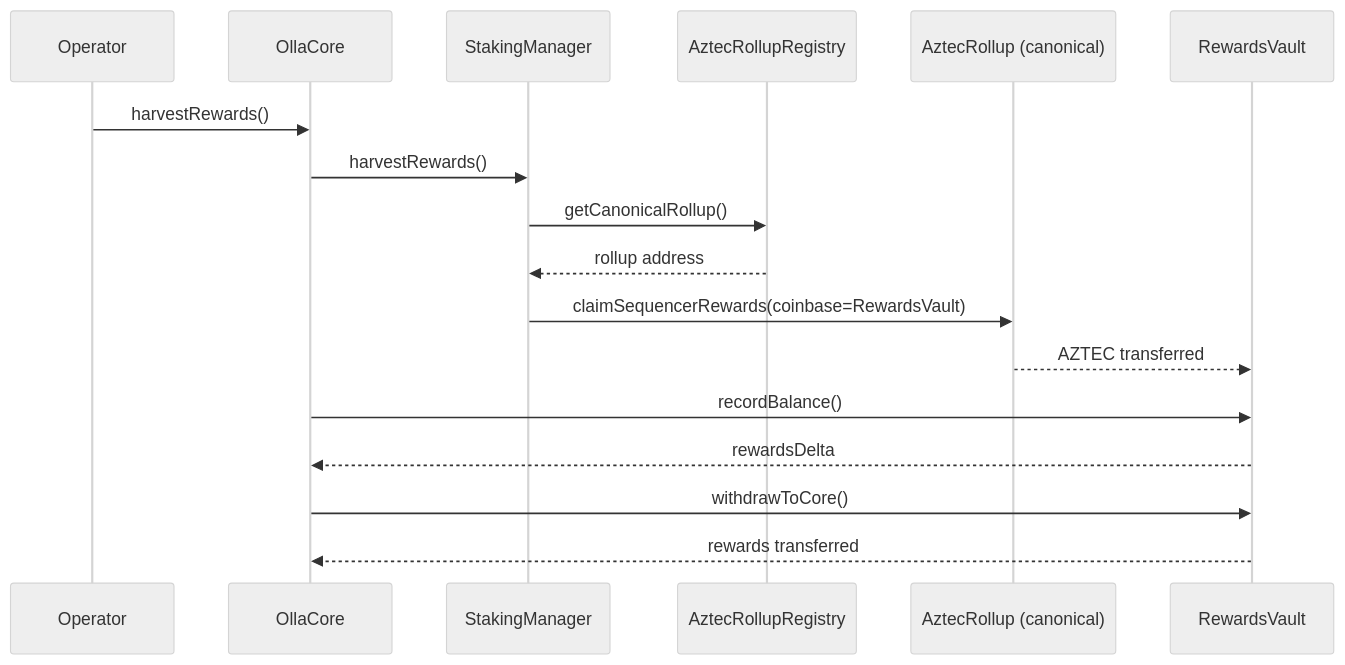
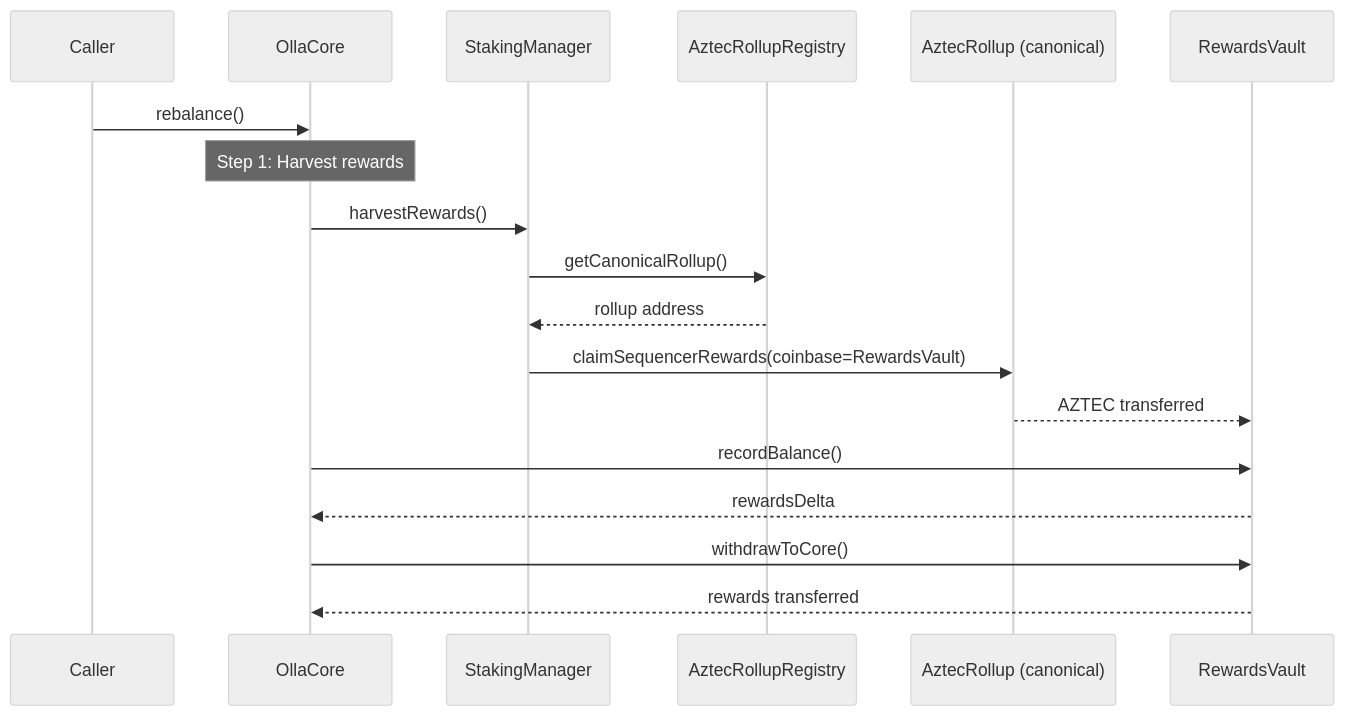
One commit to ollafinance/core changed the second of 9 diagrams in docs/operator-actions.md. Above: the diagram before and after it, drawn with Mermaid (neutral theme). The commit also changed other lines of this file and 54 other files, not shown here.

````diff
--- a/docs/operator-actions.md
+++ b/docs/operator-actions.md
@@ -9,20 +28,21 @@
 ```mermaid
 sequenceDiagram
-    participant OP as Operator
+    participant A as Caller
     participant C as OllaCore
     participant SM as StakingManager
     participant RR as AztecRollupRegistry
     participant AR as AztecRollup (canonical)
     participant RV as RewardsVault
 
-    OP->>C: harvestRewards()
+    A->>C: rebalance()
+    Note over C: Step 1: Harvest rewards
     C->>SM: harvestRewards()
     SM->>RR: getCanonicalRollup()
     RR-->>SM: rollup address
     SM->>AR: claimSequencerRewards(coinbase=RewardsVault)
     AR-->>RV: AZTEC transferred
     C->>RV: recordBalance()
     RV-->>C: rewardsDelta
     C->>RV: withdrawToCore()
     RV-->>C: rewards transferred
 ```
````
